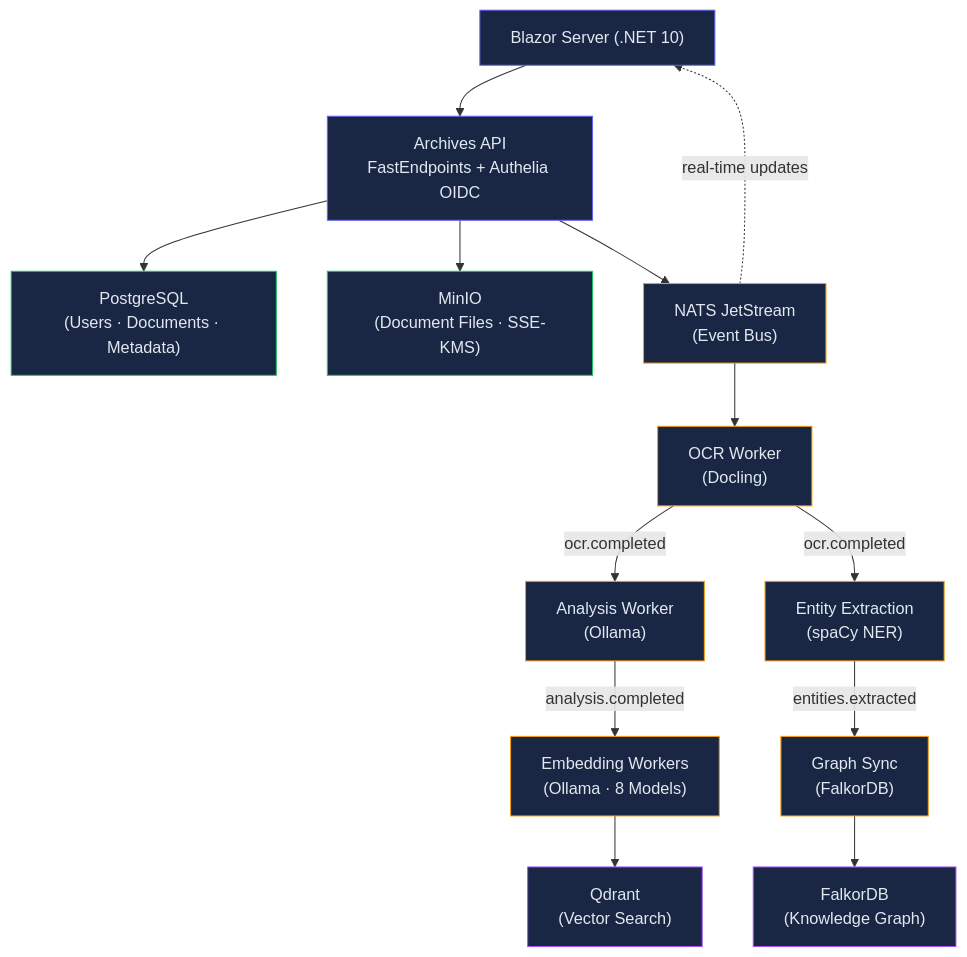
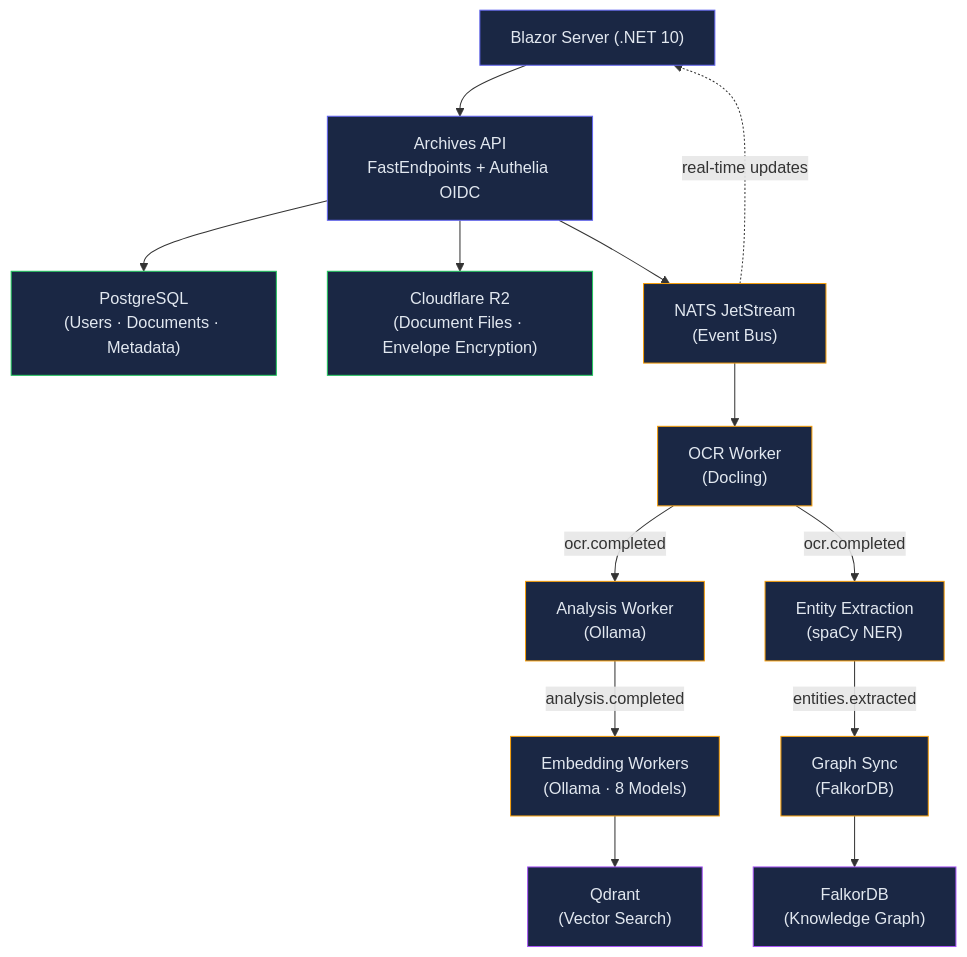
Before and after one commit to viktorrobin/bluerobin-blog: the diagram in src/content/architecture/bluerobin-system-overview.mdx, drawn with Mermaid. The commit also changed other lines of this file and 2 other files, not shown here.

````diff
--- a/src/content/architecture/bluerobin-system-overview.mdx
+++ b/src/content/architecture/bluerobin-system-overview.mdx
@@ -25,32 +25,32 @@
 ```mermaid
 flowchart TD
     UI["Blazor Server (.NET 10)"] --> API["Archives API\nFastEndpoints + Authelia OIDC"]
 
     API --> PG["PostgreSQL\n(Users · Documents · Metadata)"]
-    API --> MINIO["MinIO\n(Document Files · SSE-KMS)"]
+    API --> R2["Cloudflare R2\n(Document Files · Envelope Encryption)"]
     API --> NATS["NATS JetStream\n(Event Bus)"]
 
     NATS --> OCR["OCR Worker\n(Docling)"]
     OCR -->|"ocr.completed"| ANALYSIS["Analysis Worker\n(Ollama)"]
     OCR -->|"ocr.completed"| NER["Entity Extraction\n(spaCy NER)"]
     ANALYSIS -->|"analysis.completed"| EMB["Embedding Workers\n(Ollama · 8 Models)"]
     NER -->|"entities.extracted"| GRAPH["Graph Sync\n(FalkorDB)"]
 
     EMB --> QDRANT["Qdrant\n(Vector Search)"]
     GRAPH --> FALKOR["FalkorDB\n(Knowledge Graph)"]
 
     NATS -.->|"real-time updates"| UI
 
     style UI fill:#1a2744,stroke:#6366f1,color:#e2e8f0
     style API fill:#1a2744,stroke:#6366f1,color:#e2e8f0
     style PG fill:#1a2744,stroke:#22c55e,color:#e2e8f0
-    style MINIO fill:#1a2744,stroke:#22c55e,color:#e2e8f0
+    style R2 fill:#1a2744,stroke:#22c55e,color:#e2e8f0
     style NATS fill:#1a2744,stroke:#f59e0b,color:#e2e8f0
     style OCR fill:#1a2744,stroke:#f59e0b,color:#e2e8f0
     style ANALYSIS fill:#1a2744,stroke:#f59e0b,color:#e2e8f0
     style NER fill:#1a2744,stroke:#f59e0b,color:#e2e8f0
     style EMB fill:#1a2744,stroke:#f59e0b,color:#e2e8f0
     style GRAPH fill:#1a2744,stroke:#f59e0b,color:#e2e8f0
     style QDRANT fill:#1a2744,stroke:#a855f7,color:#e2e8f0
     style FALKOR fill:#1a2744,stroke:#a855f7,color:#e2e8f0
 ```
````
